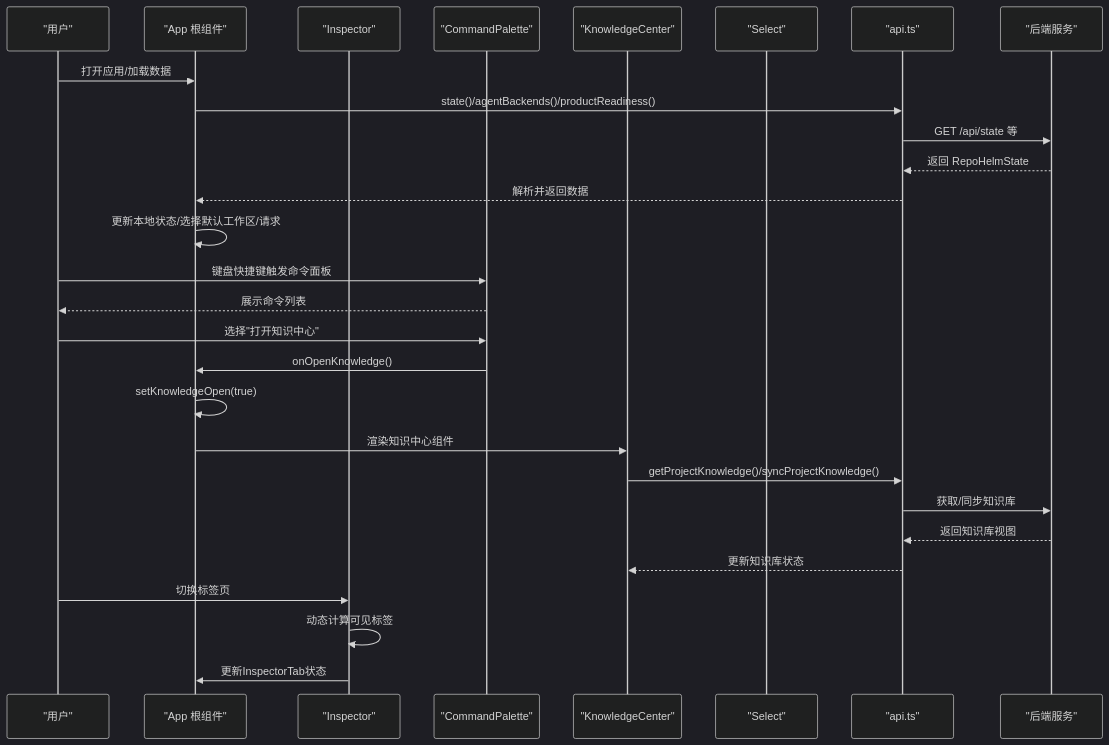
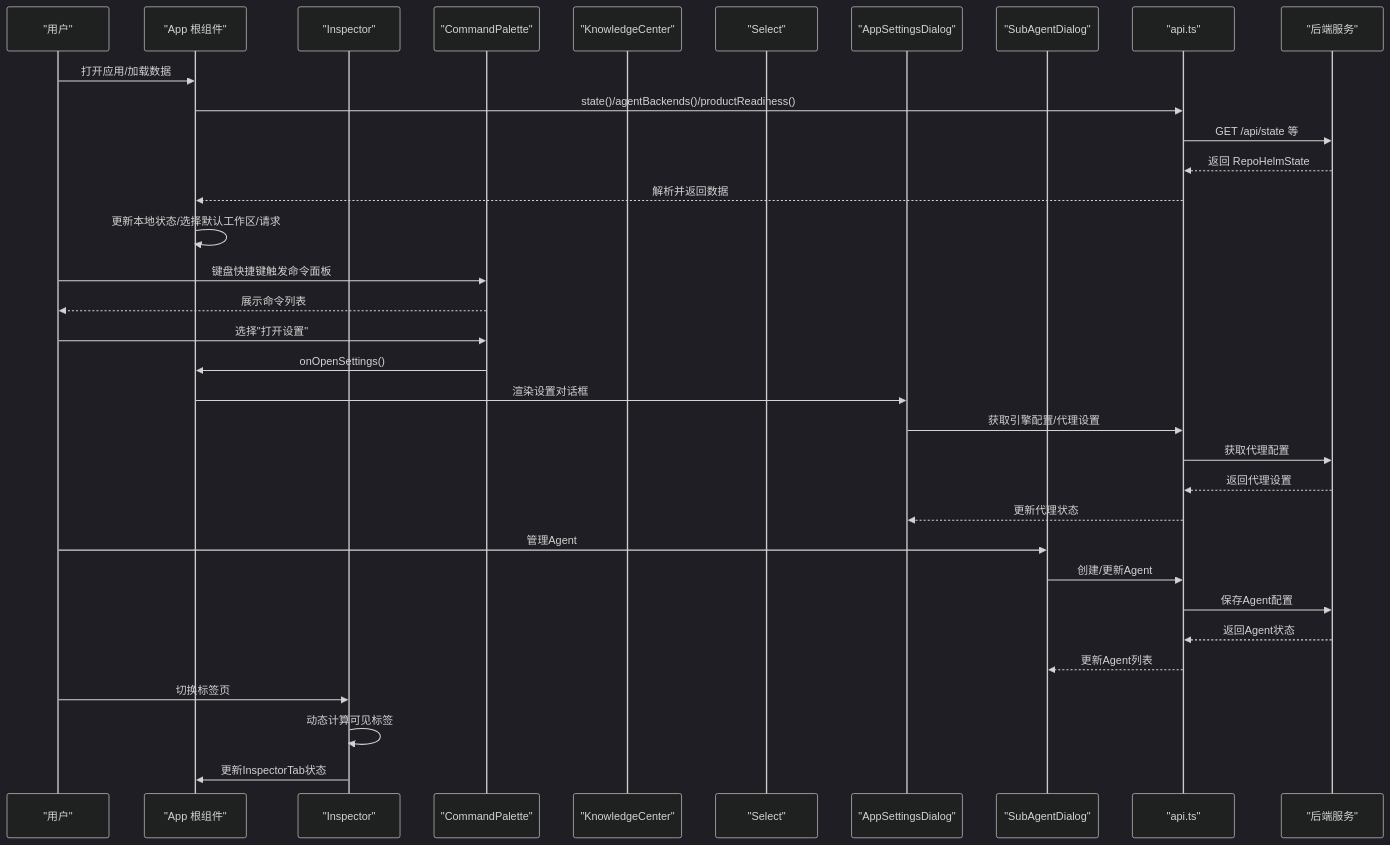
The second of 19 diagrams in .qoder/repowiki/zh/content/Web 前端应用/Web 前端应用.md (coconilu/RepoHelm), drawn with Mermaid (dark theme) before and after one commit. The commit also changed other lines of this file and 12 other files, not shown here.

````diff
--- a/.qoder/repowiki/zh/content/Web 前端应用/Web 前端应用.md
+++ b/.qoder/repowiki/zh/content/Web 前端应用/Web 前端应用.md
@@ -165,30 +182,36 @@
 ```mermaid
 sequenceDiagram
 participant U as "用户"
 participant A as "App 根组件"
 participant I as "Inspector"
 participant C as "CommandPalette"
 participant KC as "KnowledgeCenter"
 participant S as "Select"
+participant AS as "AppSettingsDialog"
+participant SA as "SubAgentDialog"
 participant API as "api.ts"
 participant B as "后端服务"
 U->>A : 打开应用/加载数据
 A->>API : state()/agentBackends()/productReadiness()
 API->>B : GET /api/state 等
 B-->>API : 返回 RepoHelmState
 API-->>A : 解析并返回数据
 A->>A : 更新本地状态/选择默认工作区/请求
 U->>C : 键盘快捷键触发命令面板
 C-->>U : 展示命令列表
-U->>C : 选择"打开知识中心"
-C->>A : onOpenKnowledge()
-A->>A : setKnowledgeOpen(true)
-A->>KC : 渲染知识中心组件
-KC->>API : getProjectKnowledge()/syncProjectKnowledge()
-API->>B : 获取/同步知识库
-B-->>API : 返回知识库视图
-API-->>KC : 更新知识库状态
+U->>C : 选择"打开设置"
+C->>A : onOpenSettings()
+A->>AS : 渲染设置对话框
+AS->>API : 获取引擎配置/代理设置
+API->>B : 获取代理配置
+B-->>API : 返回代理设置
+API-->>AS : 更新代理状态
+U->>SA : 管理Agent
+SA->>API : 创建/更新Agent
+API->>B : 保存Agent配置
+B-->>API : 返回Agent状态
+API-->>SA : 更新Agent列表
 U->>I : 切换标签页
 I->>I : 动态计算可见标签
 I->>A : 更新InspectorTab状态
 ```
````
